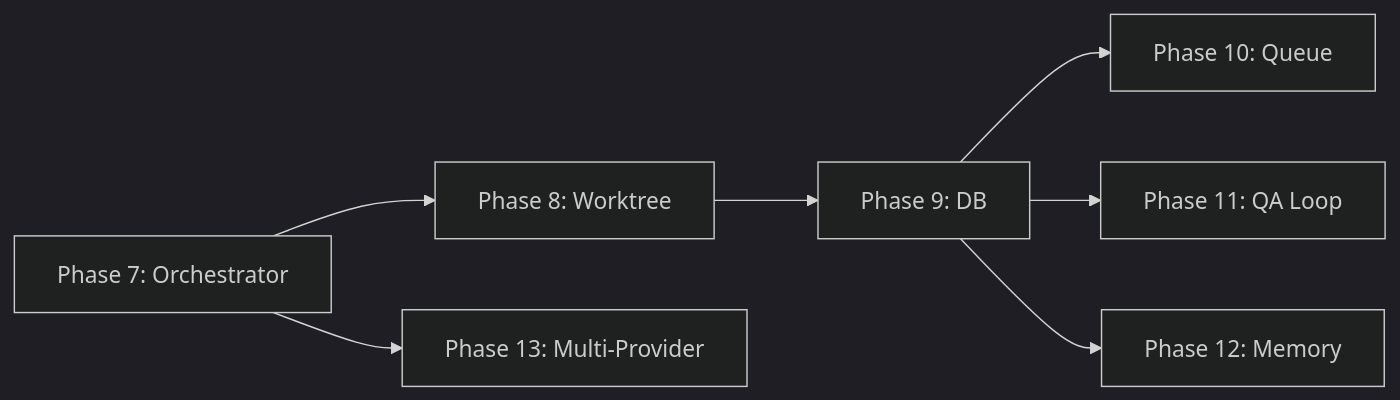
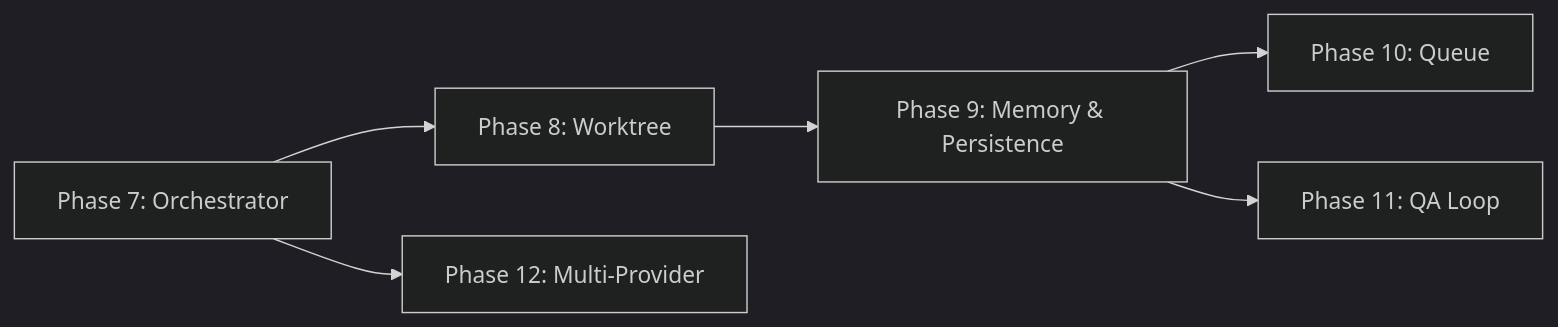
Before and after one commit to soilSpoon/ralph-web: the diagram in tasks/specs/phases.md, drawn with Mermaid (dark theme). The commit also changed other lines of this file and 13 other files, not shown here.

````diff
--- a/tasks/specs/phases.md
+++ b/tasks/specs/phases.md
@@ -21,9 +23,8 @@
 ```mermaid
 graph LR
     P7[Phase 7: Orchestrator] --> P8[Phase 8: Worktree]
-    P8 --> P9[Phase 9: DB]
+    P8 --> P9[Phase 9: Memory & Persistence]
     P9 --> P10[Phase 10: Queue]
     P9 --> P11[Phase 11: QA Loop]
-    P9 --> P12[Phase 12: Memory]
-    P7 --> P13[Phase 13: Multi-Provider]
+    P7 --> P12[Phase 12: Multi-Provider]
 ```
````
